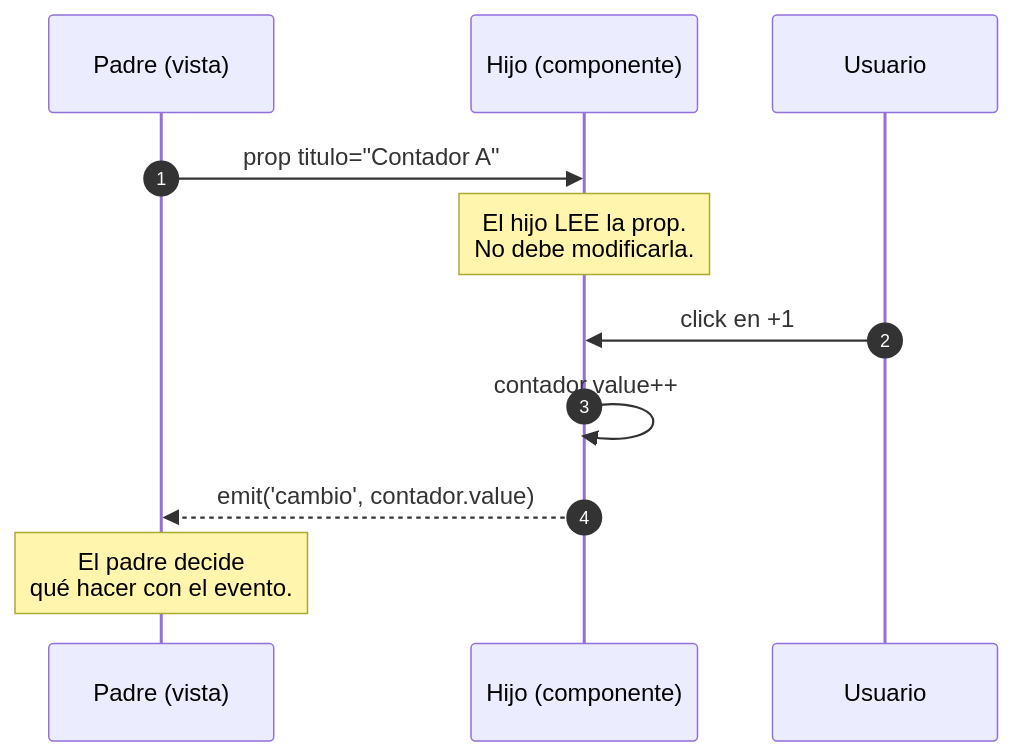
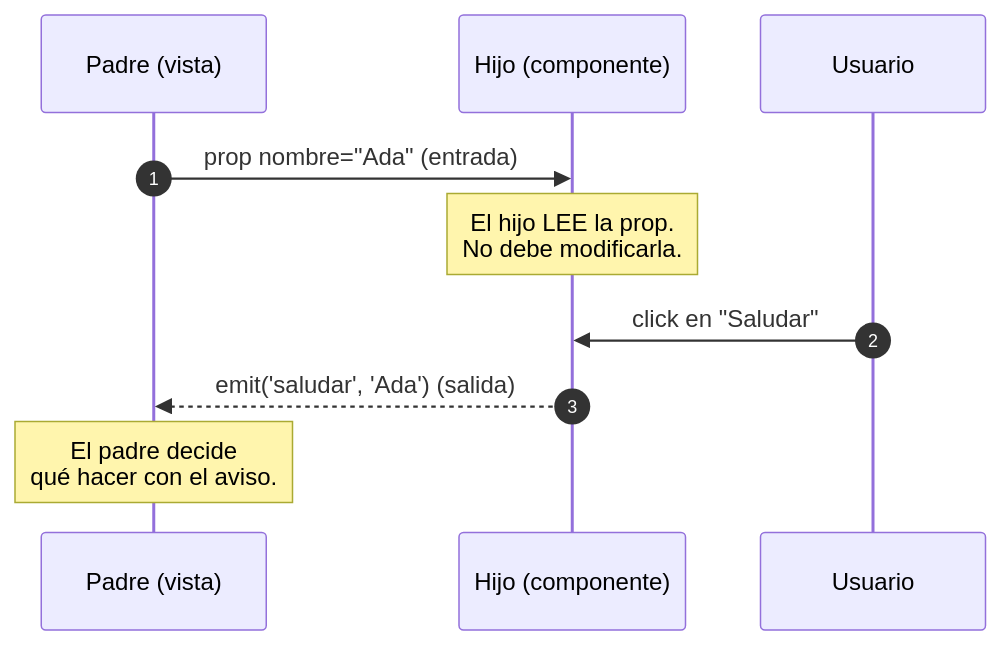
One commit to fgtortosa/cursos-2026 changed the first of 4 diagrams in curso-normalizacion/por-publicar/03-vue/sesiones/sesion-11-componentes-estado/index.md. Above: the diagram before and after it, drawn with Mermaid. The commit also changed other lines of this file, not shown here.

````diff
--- a/curso-normalizacion/por-publicar/03-vue/sesiones/sesion-11-componentes-estado/index.md
+++ b/curso-normalizacion/por-publicar/03-vue/sesiones/sesion-11-componentes-estado/index.md
@@ -196,14 +279,13 @@
 ```mermaid
 sequenceDiagram
     autonumber
     participant P as Padre (vista)
     participant H as Hijo (componente)
     participant U as Usuario
 
-    P->>H: prop titulo="Contador A"
+    P->>H: prop nombre="Ada"  (entrada)
     Note over H: El hijo LEE la prop.<br/>No debe modificarla.
-    U->>H: click en +1
-    H->>H: contador.value++
-    H-->>P: emit('cambio', contador.value)
-    Note over P: El padre decide<br/>qué hacer con el evento.
+    U->>H: click en "Saludar"
+    H-->>P: emit('saludar', 'Ada')  (salida)
+    Note over P: El padre decide<br/>qué hacer con el aviso.
 ```
````
